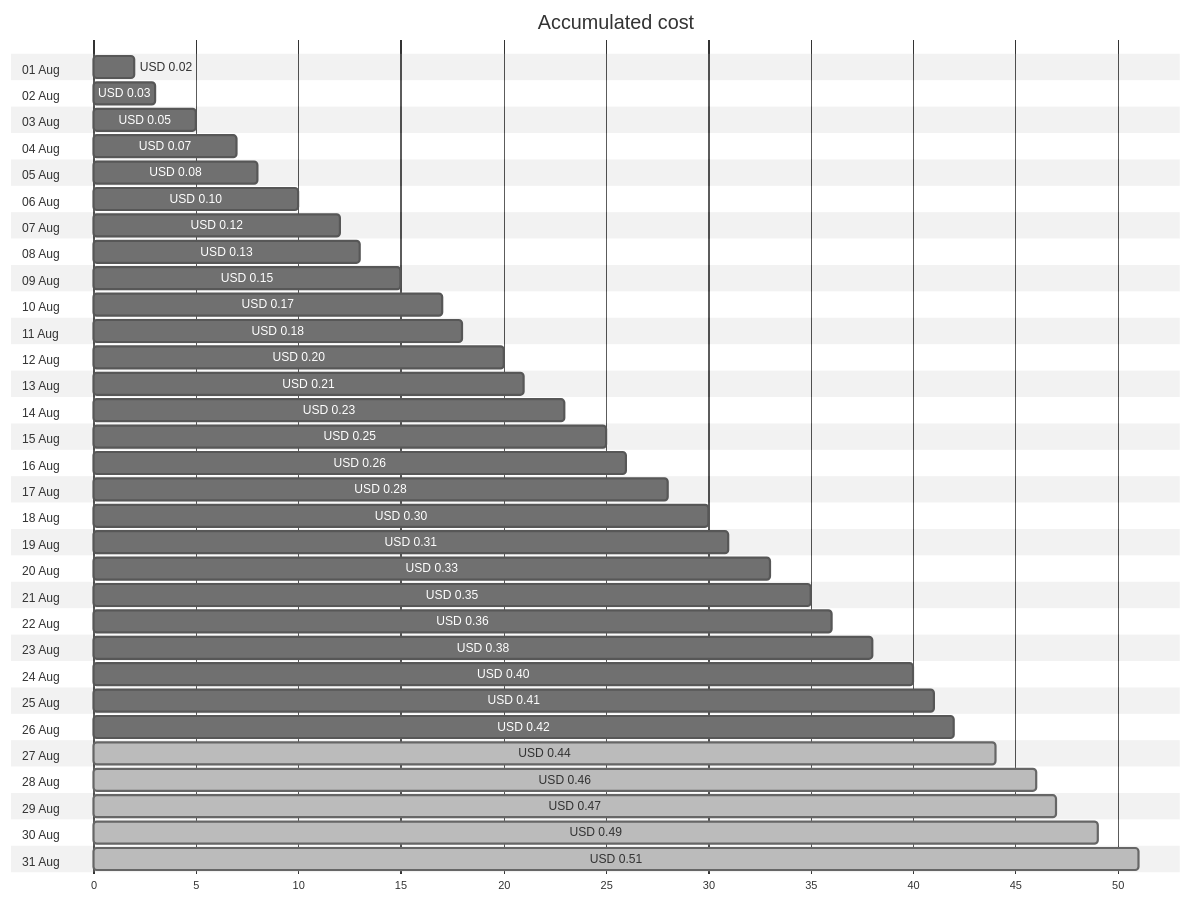
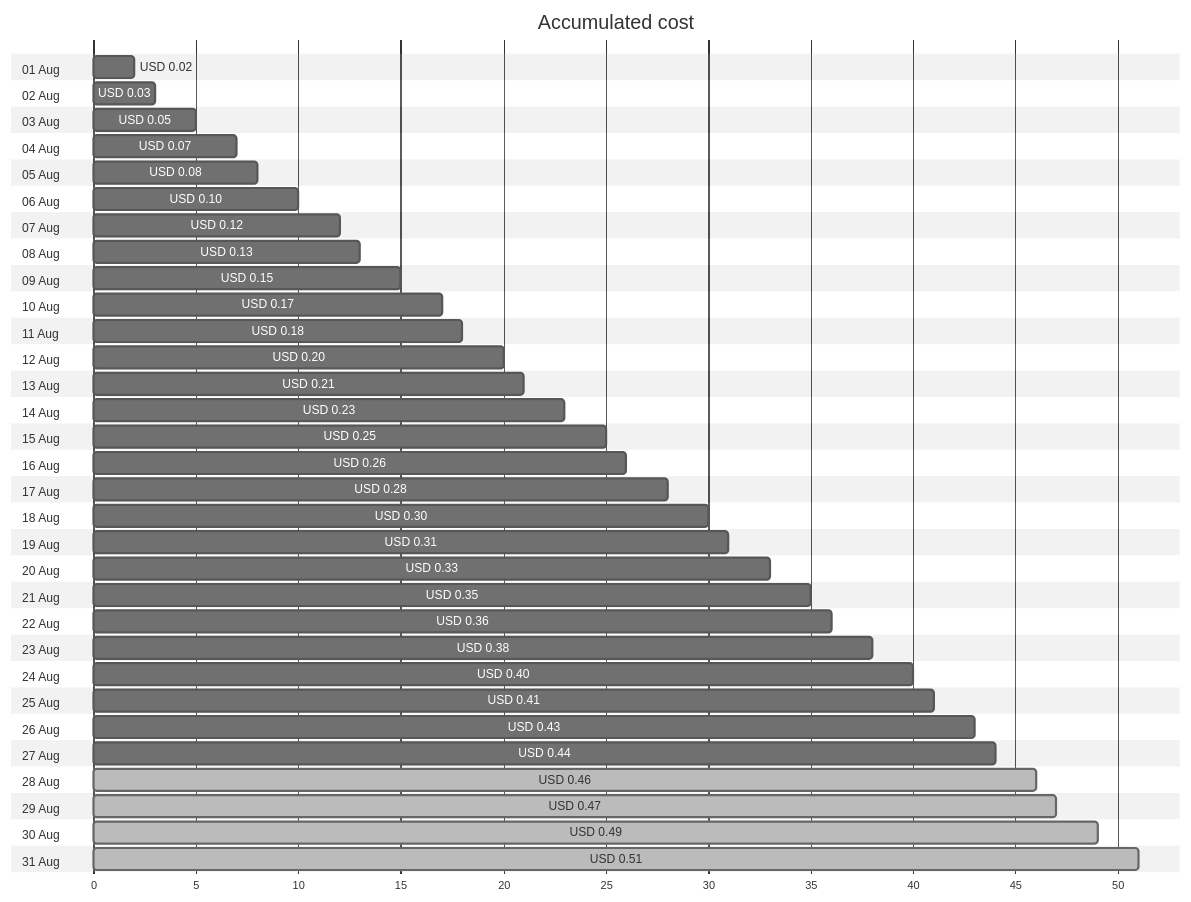
Before and after one commit to jpfulton/azure-personal-reports: the first of 4 diagrams in cost-reports/personal-dns/jpatrickfulton.dev.md, drawn with Mermaid (neutral theme). The commit also changed other lines of this file and 2 other files, not shown here.

````diff
--- a/cost-reports/personal-dns/jpatrickfulton.dev.md
+++ b/cost-reports/personal-dns/jpatrickfulton.dev.md
@@ -20,68 +20,68 @@
 ```mermaid
 gantt
    title Accumulated cost
    dateFormat  X
    axisFormat %s
    section 01 Aug
    USD 0.02 :0, 2
    section 02 Aug
    USD 0.03 :0, 3
    section 03 Aug
    USD 0.05 :0, 5
    section 04 Aug
    USD 0.07 :0, 7
    section 05 Aug
    USD 0.08 :0, 8
    section 06 Aug
    USD 0.10 :0, 10
    section 07 Aug
    USD 0.12 :0, 12
    section 08 Aug
    USD 0.13 :0, 13
    section 09 Aug
    USD 0.15 :0, 15
    section 10 Aug
    USD 0.17 :0, 17
    section 11 Aug
    USD 0.18 :0, 18
    section 12 Aug
    USD 0.20 :0, 20
    section 13 Aug
    USD 0.21 :0, 21
    section 14 Aug
    USD 0.23 :0, 23
    section 15 Aug
    USD 0.25 :0, 25
    section 16 Aug
    USD 0.26 :0, 26
    section 17 Aug
    USD 0.28 :0, 28
    section 18 Aug
    USD 0.30 :0, 30
    section 19 Aug
    USD 0.31 :0, 31
    section 20 Aug
    USD 0.33 :0, 33
    section 21 Aug
    USD 0.35 :0, 35
    section 22 Aug
    USD 0.36 :0, 36
    section 23 Aug
    USD 0.38 :0, 38
    section 24 Aug
    USD 0.40 :0, 40
    section 25 Aug
    USD 0.41 :0, 41
    section 26 Aug
-   USD 0.42 :0, 42
+   USD 0.43 :0, 43
    section 27 Aug
-   USD 0.44 : done, 0, 44
+   USD 0.44 :0, 44
    section 28 Aug
    USD 0.46 : done, 0, 46
    section 29 Aug
    USD 0.47 : done, 0, 47
    section 30 Aug
    USD 0.49 : done, 0, 49
    section 31 Aug
    USD 0.51 : done, 0, 51
 ```
````
